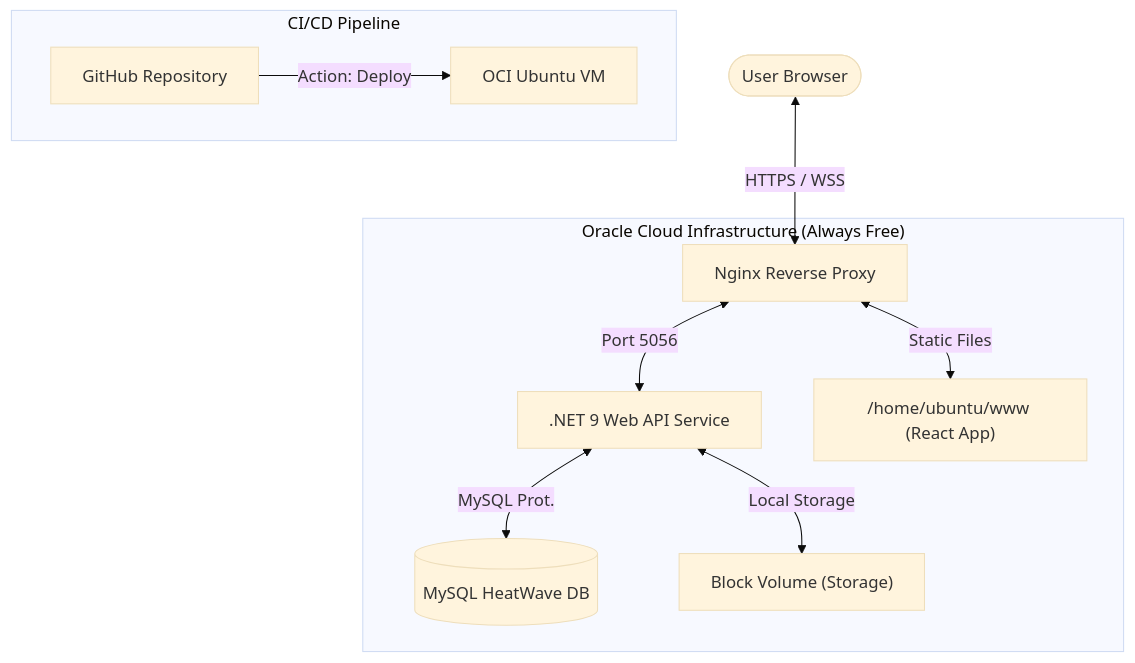
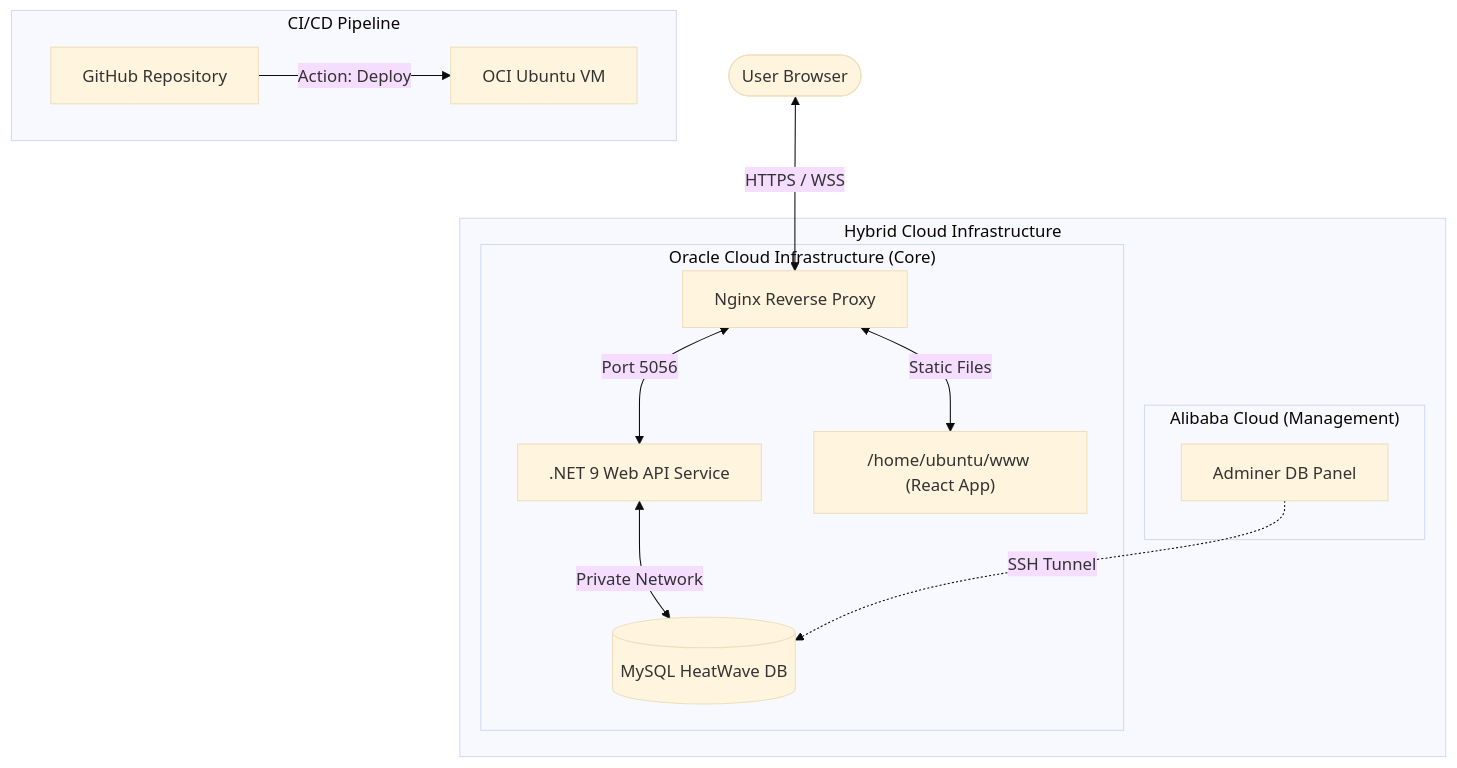
One commit to WSB-University-Problem-Based-Learning/AliMed changed the diagram in README.md. Above: the diagram before and after it, drawn with Mermaid (base theme). The commit also changed other lines of this file and 2 other files, not shown here.

Commit message:
docs: sync documentation with final presentation (Hybrid Cloud, Security, Swagger)

````diff
--- a/README.md
+++ b/README.md
@@ -78,16 +78,21 @@
 ```mermaid
 graph TD
     User([User Browser]) <--> |HTTPS / WSS| Nginx[Nginx Reverse Proxy]
     
-    subgraph OCI ["Oracle Cloud Infrastructure (Always Free)"]
-        Nginx <--> |Port 5056| API[".NET 9 Web API Service"]
-        Nginx <--> |Static Files| WebDir["/home/ubuntu/www (React App)"]
-        
-        API <--> |MySQL Prot.| DB[(MySQL HeatWave DB)]
-        API <--> |Local Storage| Files["Block Volume (Storage)"]
+    subgraph Cloud ["Hybrid Cloud Infrastructure"]
+        subgraph OCI ["Oracle Cloud Infrastructure (Core)"]
+            Nginx <--> |Port 5056| API[".NET 9 Web API Service"]
+            Nginx <--> |Static Files| WebDir["/home/ubuntu/www (React App)"]
+            
+            API <--> |Private Network| DB[(MySQL HeatWave DB)]
+        end
+
+        subgraph Alibaba ["Alibaba Cloud (Management)"]
+            Admin[Adminer DB Panel] -.-> |SSH Tunnel| DB
+        end
     end
 
     subgraph Automation ["CI/CD Pipeline"]
         GH[GitHub Repository] -->|Action: Deploy| VM[OCI Ubuntu VM]
     end
 ```
````
